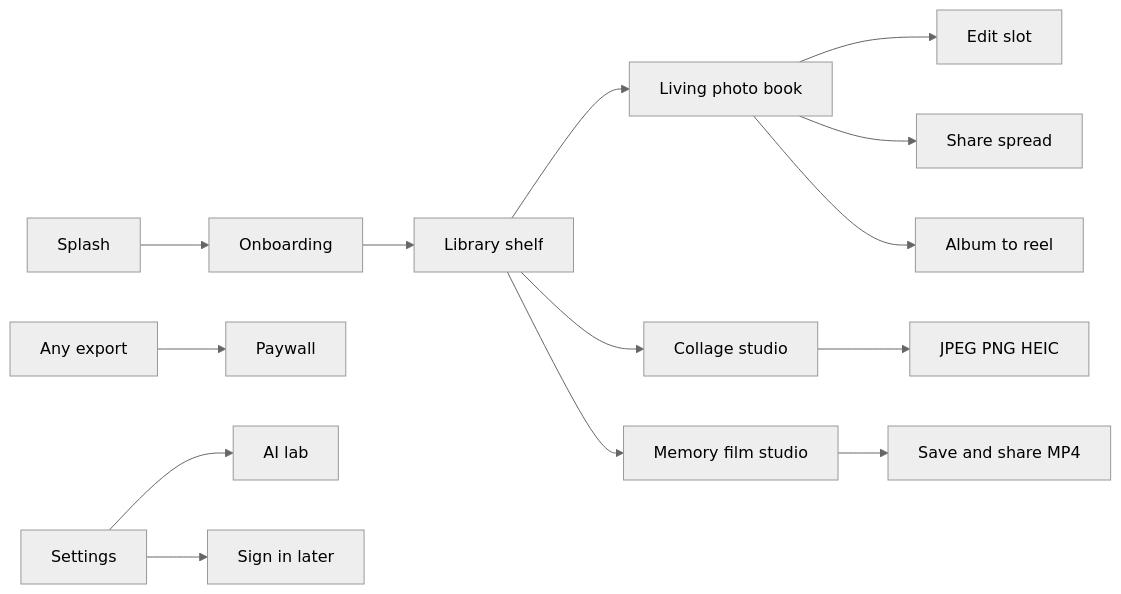
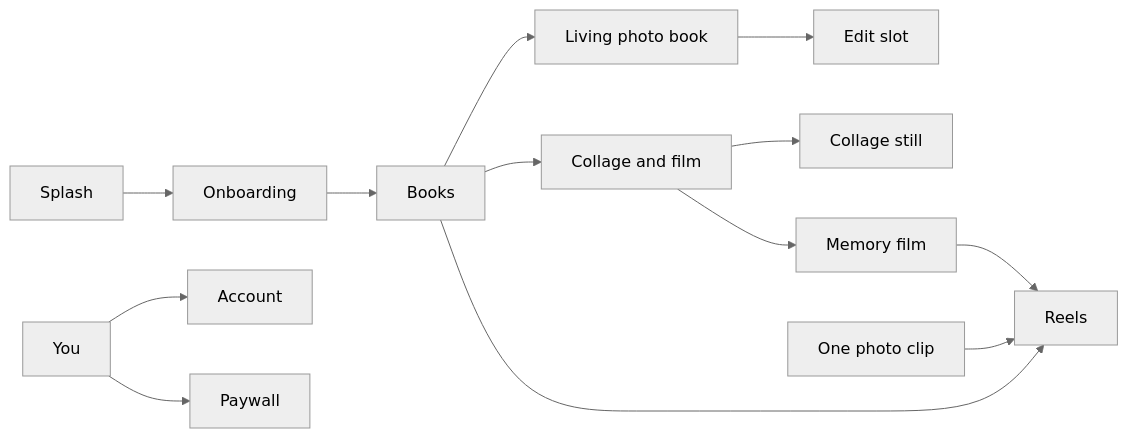
Before and after one commit to mobigaurav/MemoryCollage: the second of 2 diagrams in memory_book/docs/SYSTEM_DESIGN.md, drawn with Mermaid (neutral theme). The commit also changed other lines of this file and 250 other files, not shown here.

First line of the commit message:
Make Memory Book the repo: phone, site, and API.

````diff
--- a/memory_book/docs/SYSTEM_DESIGN.md
+++ b/memory_book/docs/SYSTEM_DESIGN.md
@@ -105,16 +145,15 @@
 ```mermaid
 flowchart LR
   Splash --> Onboarding
-  Onboarding --> Shelf[Library shelf]
+  Onboarding --> Shelf[Books]
   Shelf --> Book[Living photo book]
-  Shelf --> Collage[Collage studio]
-  Shelf --> Video[Memory film studio]
+  Shelf --> Studio[Collage and film]
+  Shelf --> Reels
   Book --> EditSlot[Edit slot]
-  Book --> SpreadPNG[Share spread]
-  Book --> FlipReel[Album to reel]
-  Collage --> StillExport[JPEG PNG HEIC]
-  Video --> Mp4[Save and share MP4]
-  Any[Any export] --> Paywall
-  Settings --> AILab[AI lab]
-  Settings --> AuthLater[Sign in later]
+  Studio --> StillExport[Collage still]
+  Studio --> Mp4[Memory film]
+  Mp4 --> Reels
+  AI[One photo clip] --> Reels
+  You --> Account
+  You --> Paywall
 ```
````
